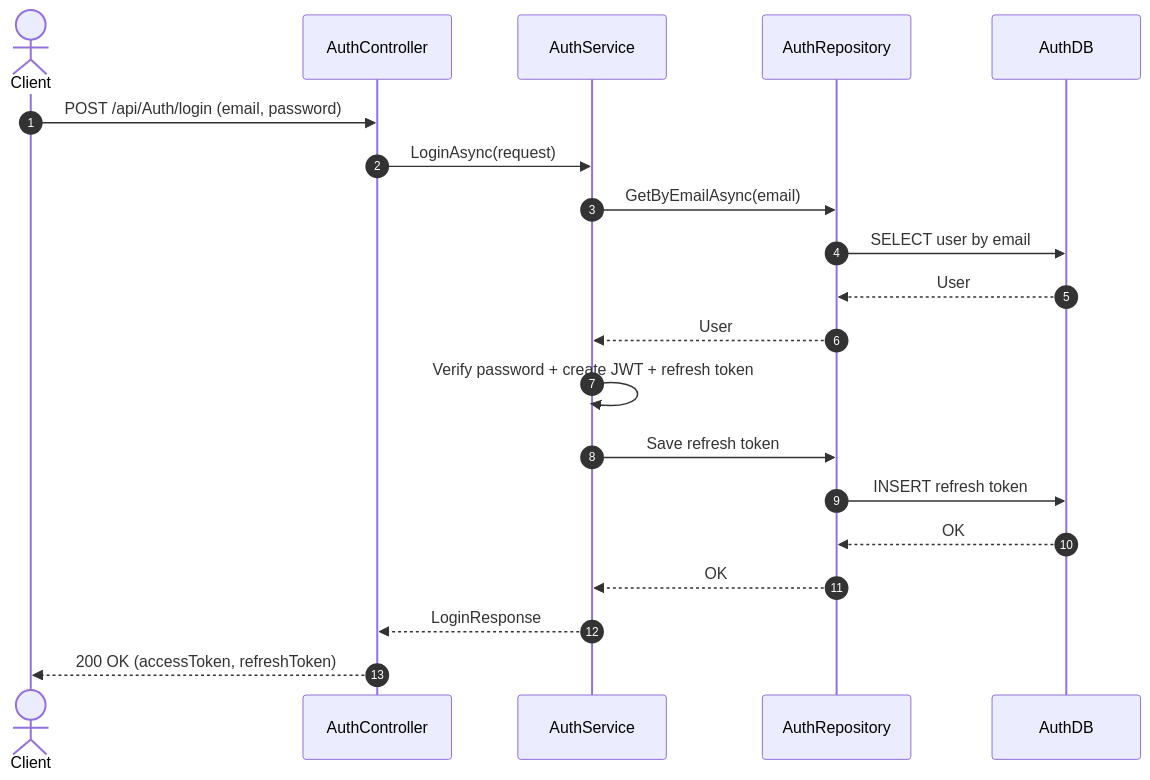
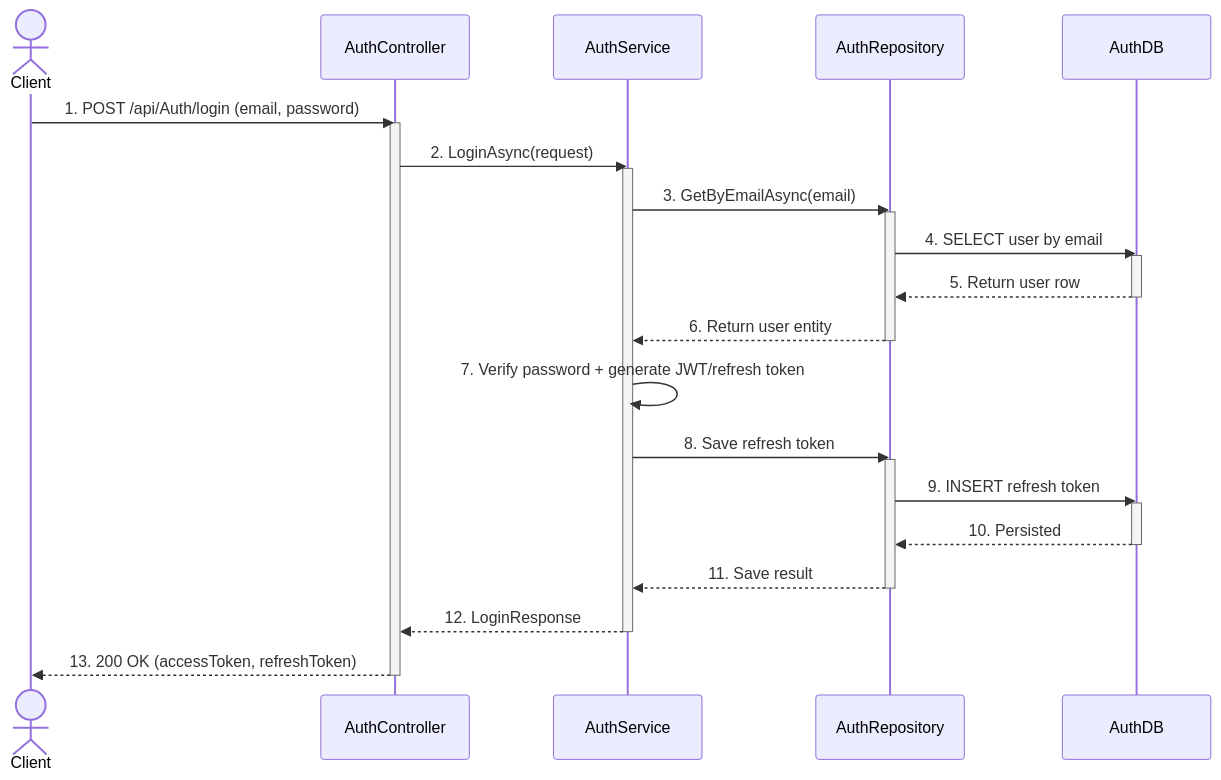
One commit to SEP490-CapstoneProject/SEP490_BE changed the diagram in sequence_dia/auth_service_sequence_diagram.md. Above: the diagram before and after it, drawn with Mermaid. The commit also changed 14 other files, not shown here.

Commit message:
feat: Add sequence diagrams for various services and re-enable subscription quota check in ApplicationService

````diff
--- a/sequence_dia/auth_service_sequence_diagram.md
+++ b/sequence_dia/auth_service_sequence_diagram.md
@@ -1,23 +1,34 @@
 ```mermaid
 sequenceDiagram
-    autonumber
     actor Client
     participant AuthController
     participant AuthService
     participant AuthRepository
     participant AuthDB
 
-    Client->>AuthController: POST /api/Auth/login (email, password)
-    AuthController->>AuthService: LoginAsync(request)
-    AuthService->>AuthRepository: GetByEmailAsync(email)
-    AuthRepository->>AuthDB: SELECT user by email
-    AuthDB-->>AuthRepository: User
-    AuthRepository-->>AuthService: User
-    AuthService->>AuthService: Verify password + create JWT + refresh token
-    AuthService->>AuthRepository: Save refresh token
-    AuthRepository->>AuthDB: INSERT refresh token
-    AuthDB-->>AuthRepository: OK
-    AuthRepository-->>AuthService: OK
-    AuthService-->>AuthController: LoginResponse
-    AuthController-->>Client: 200 OK (accessToken, refreshToken)
+    Client->>AuthController: 1. POST /api/Auth/login (email, password)
+    activate AuthController
+    AuthController->>AuthService: 2. LoginAsync(request)
+    activate AuthService
+    AuthService->>AuthRepository: 3. GetByEmailAsync(email)
+    activate AuthRepository
+    AuthRepository->>AuthDB: 4. SELECT user by email
+    activate AuthDB
+    AuthDB-->>AuthRepository: 5. Return user row
+    deactivate AuthDB
+    AuthRepository-->>AuthService: 6. Return user entity
+    deactivate AuthRepository
+    AuthService->>AuthService: 7. Verify password + generate JWT/refresh token
+    AuthService->>AuthRepository: 8. Save refresh token
+    activate AuthRepository
+    AuthRepository->>AuthDB: 9. INSERT refresh token
+    activate AuthDB
+    AuthDB-->>AuthRepository: 10. Persisted
+    deactivate AuthDB
+    AuthRepository-->>AuthService: 11. Save result
+    deactivate AuthRepository
+    AuthService-->>AuthController: 12. LoginResponse
+    deactivate AuthService
+    AuthController-->>Client: 13. 200 OK (accessToken, refreshToken)
+    deactivate AuthController
 ```
````
